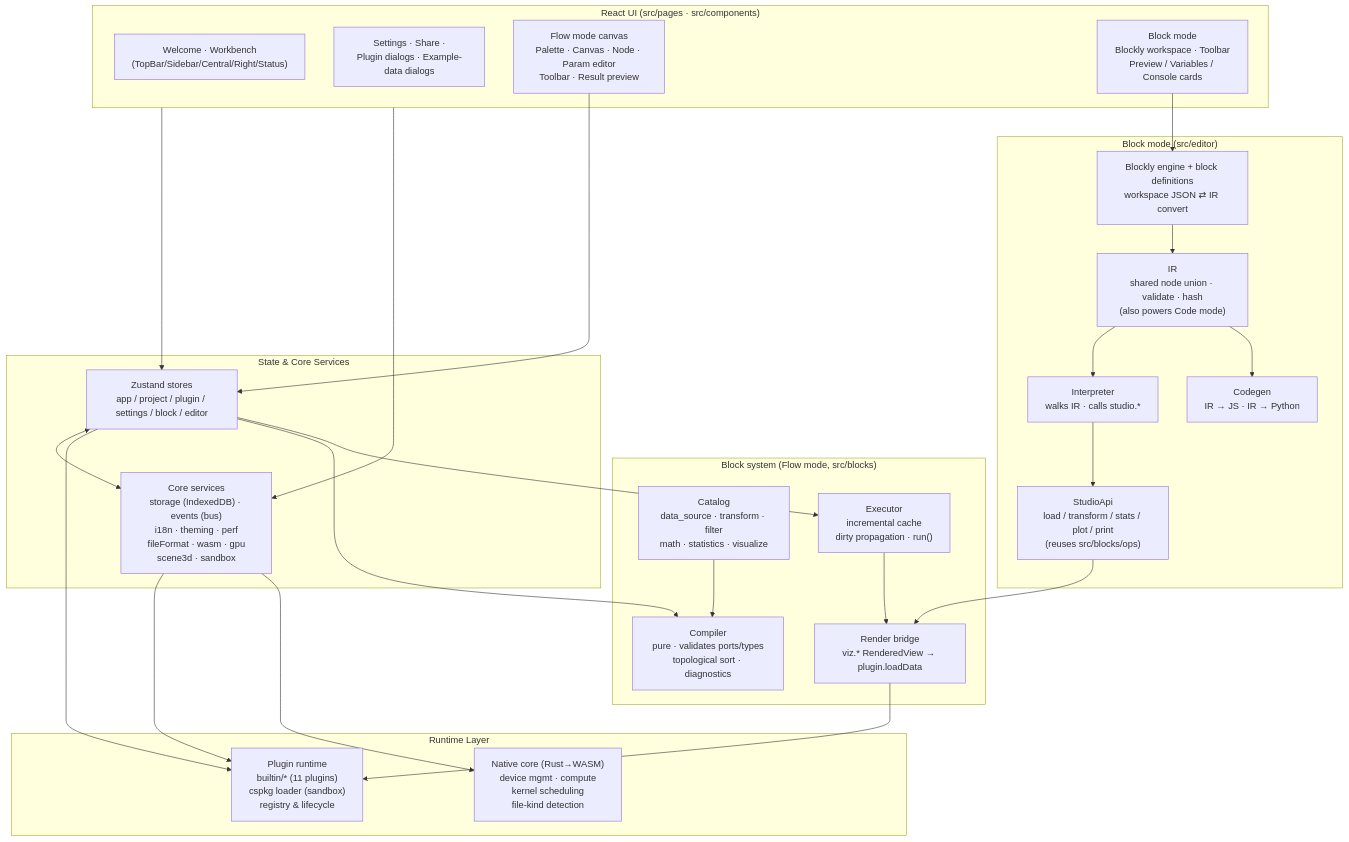
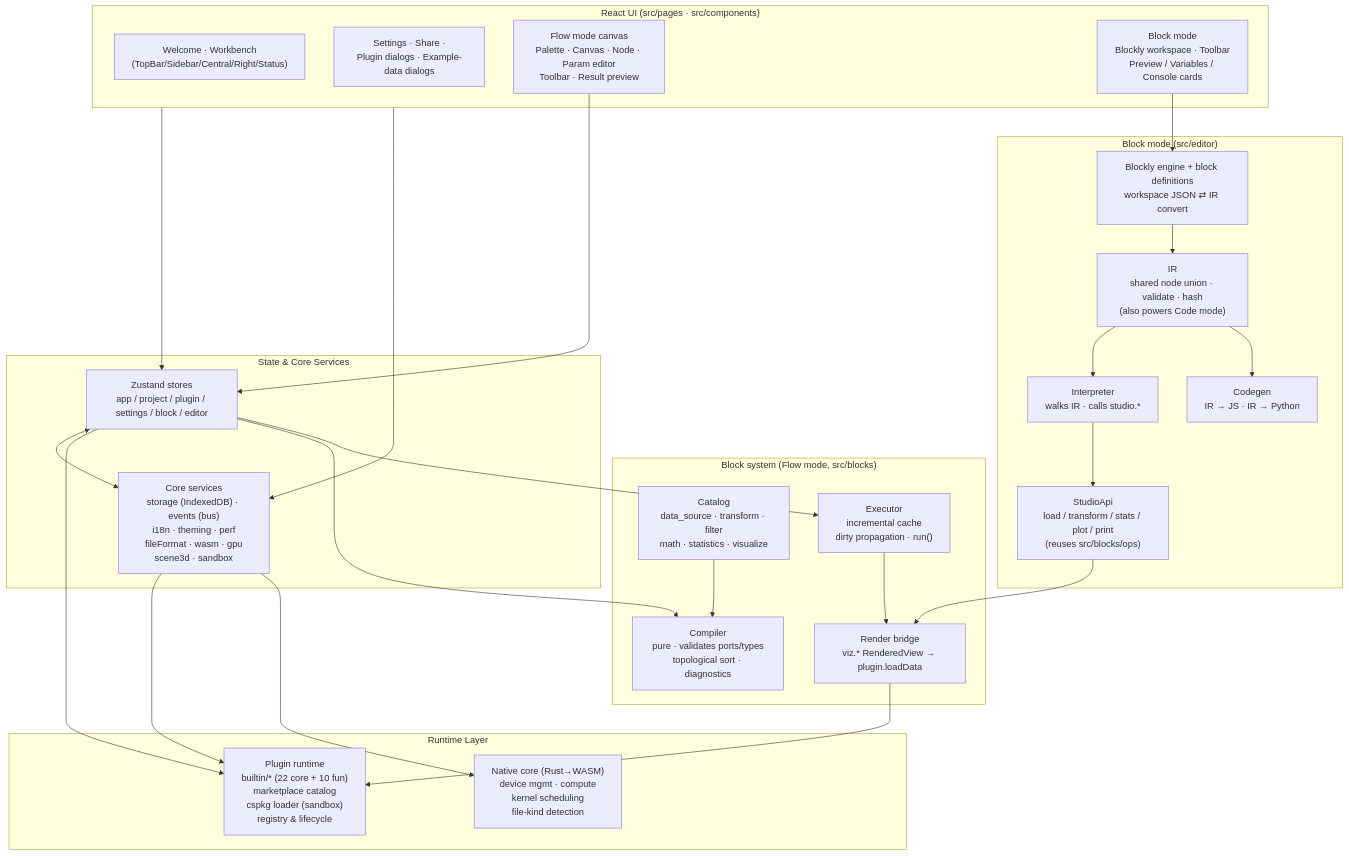
The diagram in docs/guide/architecture.md (SnowLeopard-io/ErgalicsStudio), drawn with Mermaid before and after one commit. The commit also changed 38 other files, not shown here.

````diff
--- a/docs/guide/architecture.md
+++ b/docs/guide/architecture.md
@@ -5,53 +5,53 @@
 ```mermaid
 flowchart TB
     subgraph UI["React UI (src/pages · src/components)"]
         A1["Welcome · Workbench<br/>(TopBar/Sidebar/Central/Right/Status)"]
         A2["Settings · Share ·<br/>Plugin dialogs · Example-data dialogs"]
         A3["Flow mode canvas<br/>Palette · Canvas · Node · Param editor<br/>Toolbar · Result preview"]
         A4["Block mode<br/>Blockly workspace · Toolbar<br/>Preview / Variables / Console cards"]
     end
 
     subgraph State["State & Core Services"]
         B1["Zustand stores<br/>app / project / plugin / settings / block / editor"]
         B2["Core services<br/>storage (IndexedDB) · events (bus)<br/>i18n · theming · perf<br/>fileFormat · wasm · gpu<br/>scene3d · sandbox"]
     end
 
     subgraph Blocks["Block system (Flow mode, src/blocks)"]
         D1["Catalog<br/>data_source · transform · filter<br/>math · statistics · visualize"]
         D2["Compiler<br/>pure · validates ports/types<br/>topological sort · diagnostics"]
         D3["Executor<br/>incremental cache<br/>dirty propagation · run()"]
         D4["Render bridge<br/>viz.* RenderedView → plugin.loadData"]
     end
 
     subgraph Editor["Block mode (src/editor)"]
         E1["IR<br/>shared node union · validate · hash<br/>(also powers Code mode)"]
         E2["Blockly engine + block definitions<br/>workspace JSON ⇄ IR convert"]
         E3["Interpreter<br/>walks IR · calls studio.*"]
         E4["Codegen<br/>IR → JS · IR → Python"]
         E5["StudioApi<br/>load / transform / stats / plot / print<br/>(reuses src/blocks/ops)"]
     end
 
     subgraph Runtime["Runtime Layer"]
-        C1["Plugin runtime<br/>builtin/* (11 plugins)<br/>cspkg loader (sandbox)<br/>registry & lifecycle"]
+        C1["Plugin runtime<br/>builtin/* (22 core + 10 fun)<br/>marketplace catalog<br/>cspkg loader (sandbox)<br/>registry & lifecycle"]
         C2["Native core (Rust→WASM)<br/>device mgmt · compute<br/>kernel scheduling<br/>file-kind detection"]
     end
 
     UI --> B1
     UI --> B2
     B1 <--> B2
     B1 --> C1
     B2 --> C1
     B2 --> C2
     A3 --> B1
     B1 --> D2
     B1 --> D3
     D1 --> D2
     D3 --> D4
     D4 --> C1
     A4 --> E2
     E2 --> E1
     E1 --> E3
     E1 --> E4
     E3 --> E5
     E5 --> D4
 ```
````
